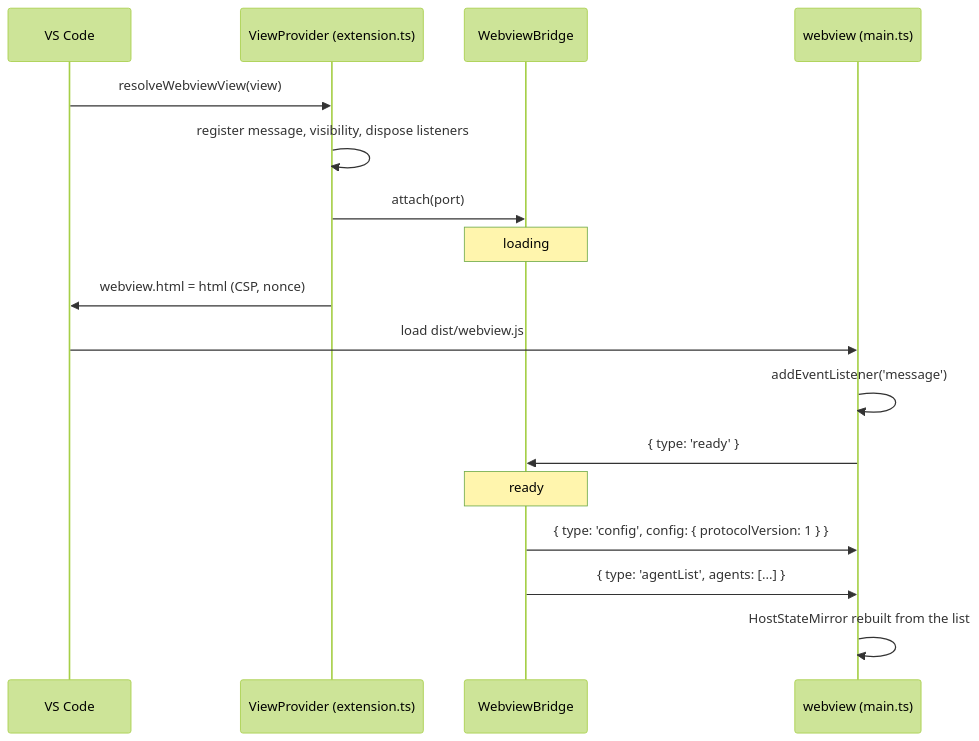
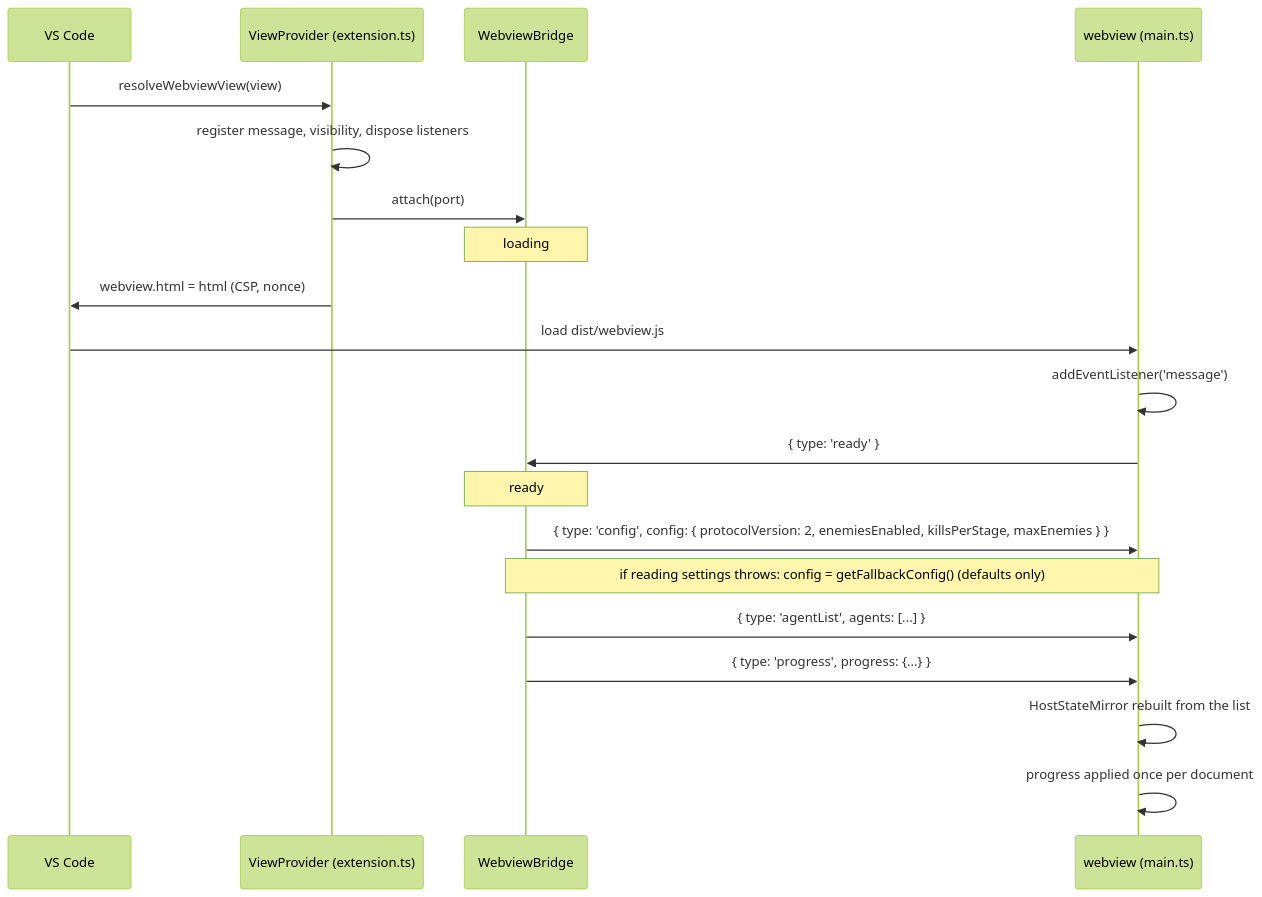
Before and after one commit to GrapeJuicer01/vscode-dungeon-crawlers: the second of 9 diagrams in docs/architecture/host-webview-protocol.md, drawn with Mermaid (forest theme). The commit also changed other lines of this file and 122 other files, not shown here.

First line of the commit message:
feat: add stage 1-2 enemies, combat, and persisted progress

````diff
--- a/docs/architecture/host-webview-protocol.md
+++ b/docs/architecture/host-webview-protocol.md
@@ -95,19 +99,22 @@
 ```mermaid
 sequenceDiagram
   participant VS as VS Code
   participant P as ViewProvider (extension.ts)
   participant B as WebviewBridge
   participant W as webview (main.ts)
   VS->>P: resolveWebviewView(view)
   P->>P: register message, visibility, dispose listeners
   P->>B: attach(port)
   Note over B: loading
   P->>VS: webview.html = html (CSP, nonce)
   VS->>W: load dist/webview.js
   W->>W: addEventListener('message')
   W->>B: { type: 'ready' }
   Note over B: ready
-  B->>W: { type: 'config', config: { protocolVersion: 1 } }
+  B->>W: { type: 'config', config: { protocolVersion: 2, enemiesEnabled, killsPerStage, maxEnemies } }
+  Note over B,W: if reading settings throws: config = getFallbackConfig() (defaults only)
   B->>W: { type: 'agentList', agents: [...] }
+  B->>W: { type: 'progress', progress: {...} }
   W->>W: HostStateMirror rebuilt from the list
+  W->>W: progress applied once per document
 ```
````
